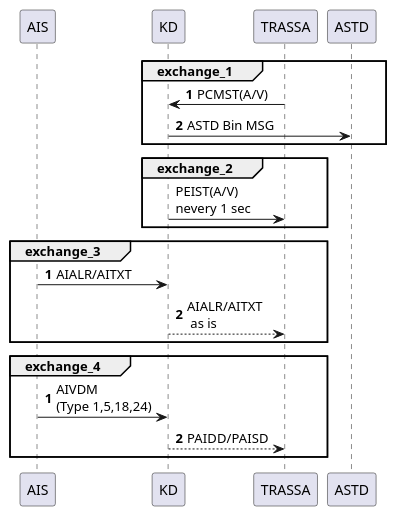
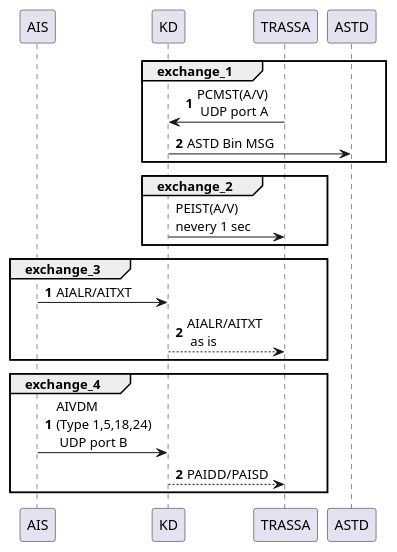
Before and after one commit to slukashenkov/fw_v2: the diagram in test_bl/test_trassa_plugin/resources_trassa/plugin_diagram.md, drawn with PlantUML. The commit also changed 6 other files, not shown here.

````diff
--- a/test_bl/test_trassa_plugin/resources_trassa/plugin_diagram.md
+++ b/test_bl/test_trassa_plugin/resources_trassa/plugin_diagram.md
@@ -1,31 +1,31 @@
 ```puml
 @startuml
 participant AIS 
 participant KD  
 participant TRASSA
 participant ASTD 
 
 autonumber 01
 group exchange_1
-    TRASSA ->KD: PCMST(A/V)
+    TRASSA ->KD: PCMST(A/V)\n UDP port A
     KD ->ASTD: ASTD Bin MSG
 end
 
 autonumber stop
 group exchange_2
 KD -> TRASSA: PEIST(A/V)\nnevery 1 sec
 end
 autonumber 01
 group exchange_3
     AIS ->KD: AIALR/AITXT 
     KD -->TRASSA: AIALR/AITXT\n as is
 end
 autonumber stop
 autonumber 01
 group exchange_4
-    AIS ->KD: AIVDM\n(Type 1,5,18,24) 
+    AIS ->KD: AIVDM\n(Type 1,5,18,24)\n UDP port B
     KD -->TRASSA: PAIDD/PAISD
 end
 autonumber stop
 @enduml
 ```
````
